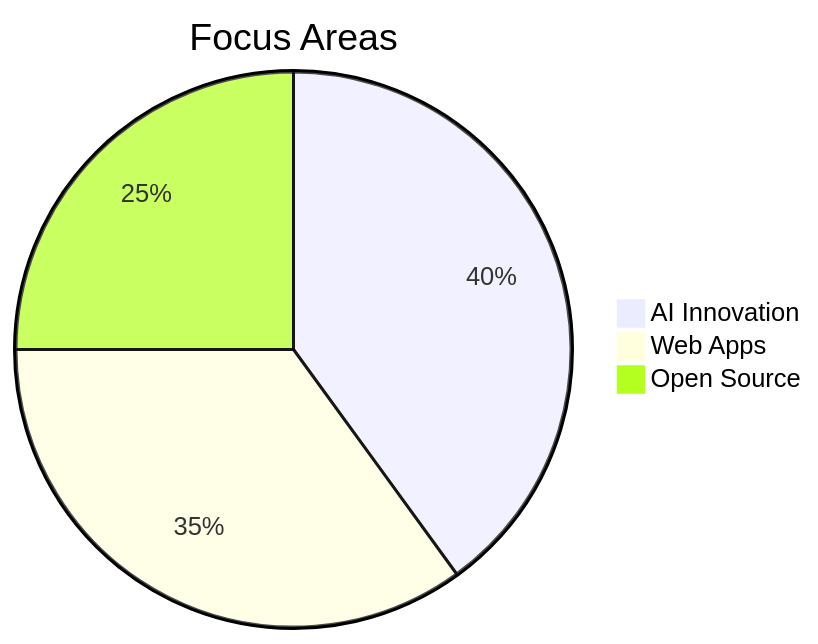
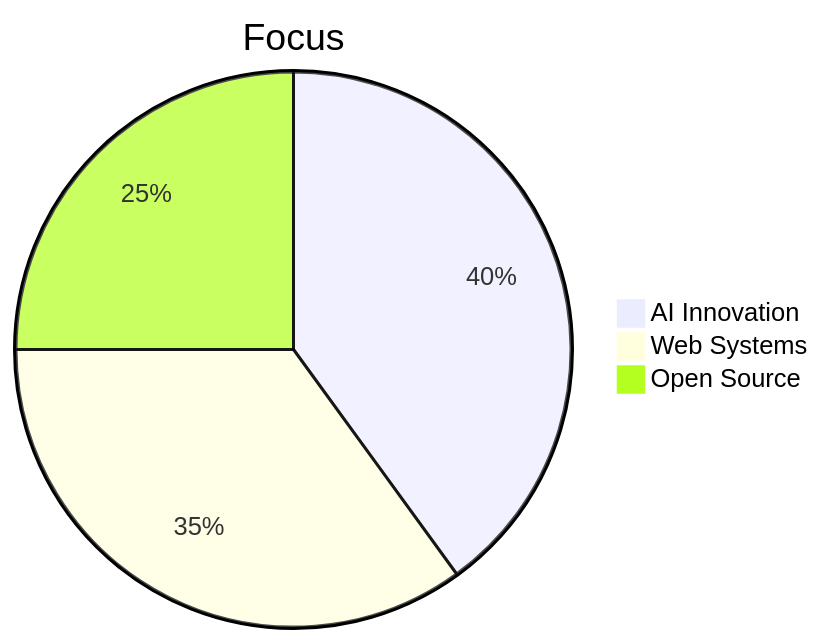
The sixth of 6 diagrams in README.md (vaibhav2225/vaibhav2225), drawn with Mermaid before and after one commit. The commit also changed other lines of this file, not shown here.

````diff
--- a/README.md
+++ b/README.md
@@ -268,6 +304,6 @@
 ```mermaid
-pie title Focus Areas
+pie title Focus
     "AI Innovation" : 40
-    "Web Apps" : 35
+    "Web Systems" : 35
     "Open Source" : 25
 ```
````
